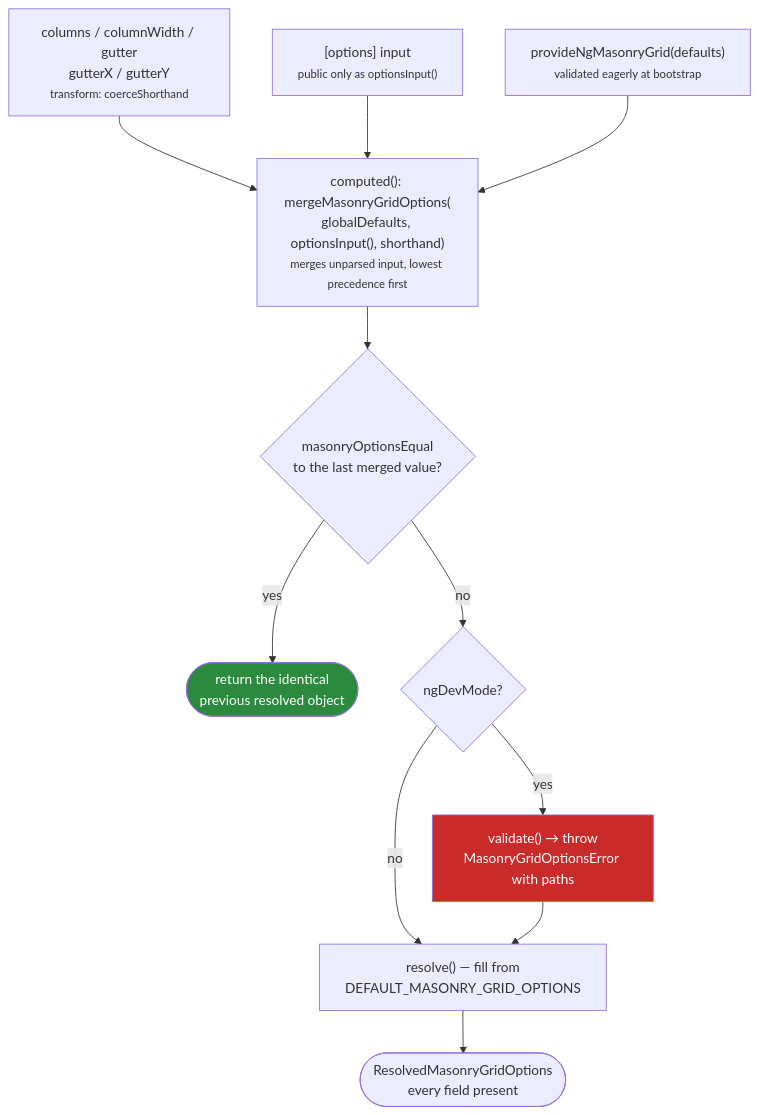
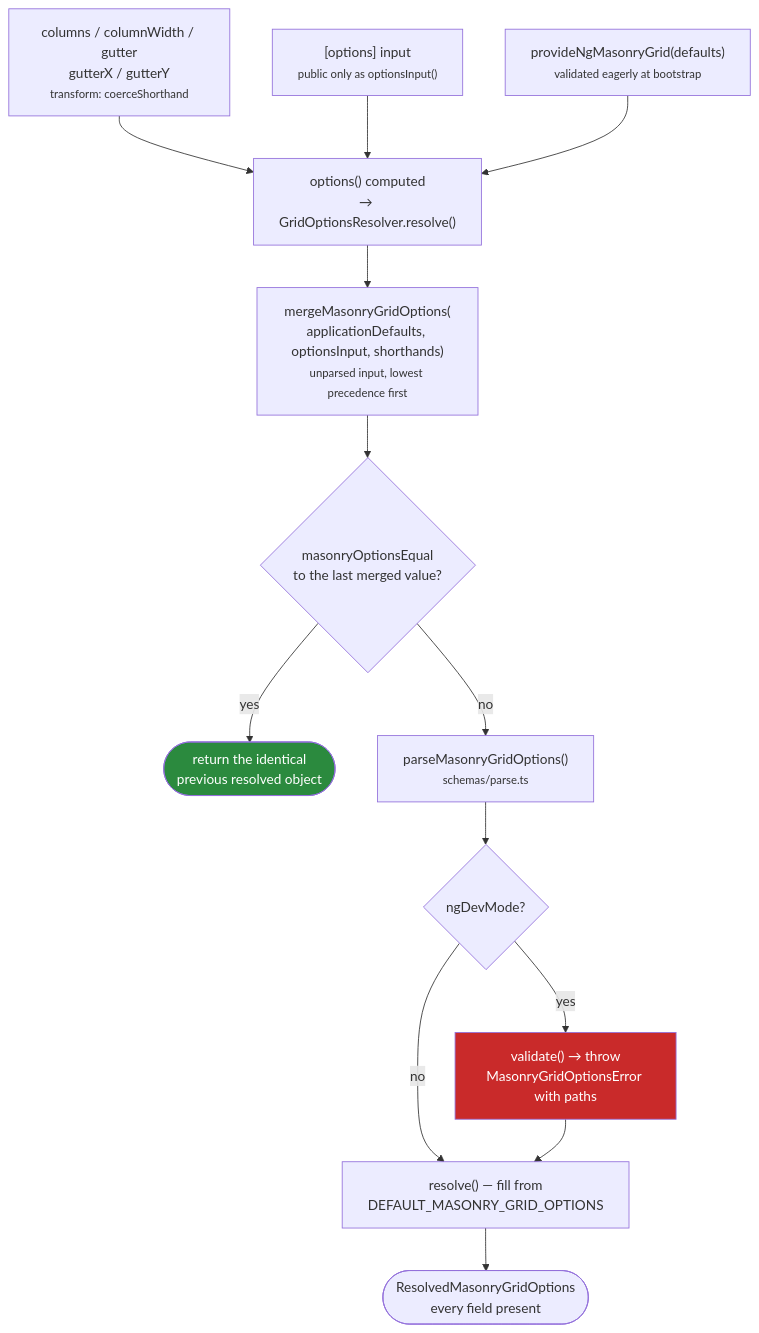
One commit to MeAkib/masonry-angular changed the tenth of 13 diagrams in ARCHITECTURE.md. Above: the diagram before and after it, drawn with Mermaid. The commit also changed other lines of this file and 22 other files, not shown here.

````diff
--- a/ARCHITECTURE.md
+++ b/ARCHITECTURE.md
@@ -650,17 +804,19 @@
 ```mermaid
 flowchart TD
     SH["columns / columnWidth / gutter<br/>gutterX / gutterY<br/><small>transform: coerceShorthand</small>"] --> CMP
     C["[options] input<br/><small>public only as optionsInput()</small>"] --> CMP
     G["provideNgMasonryGrid(defaults)<br/><small>validated eagerly at bootstrap</small>"] --> CMP
 
-    CMP["computed(): mergeMasonryGridOptions(<br/>globalDefaults, optionsInput(), shorthand)<br/><small>merges unparsed input, lowest precedence first</small>"] --> ID{"masonryOptionsEqual<br/>to the last merged value?"}
+    CMP["options() computed<br/>→ GridOptionsResolver.resolve()"] --> MRG["mergeMasonryGridOptions(<br/>applicationDefaults, optionsInput, shorthands)<br/><small>unparsed input, lowest precedence first</small>"]
+    MRG --> ID{"masonryOptionsEqual<br/>to the last merged value?"}
     ID -->|yes| REUSE(["return the identical<br/>previous resolved object"])
-    ID -->|no| V{"ngDevMode?"}
+    ID -->|no| PARSE["parseMasonryGridOptions()<br/><small>schemas/parse.ts</small>"]
+    PARSE --> V{"ngDevMode?"}
     V -->|yes| VAL["validate() → throw<br/>MasonryGridOptionsError with paths"]
     V -->|no| R
     VAL --> R["resolve() — fill from<br/>DEFAULT_MASONRY_GRID_OPTIONS"]
     R --> OUT(["ResolvedMasonryGridOptions<br/>every field present"])
 
     style REUSE fill:#2b8a3e,color:#fff
     style VAL fill:#c92a2a,color:#fff
 ```
````
